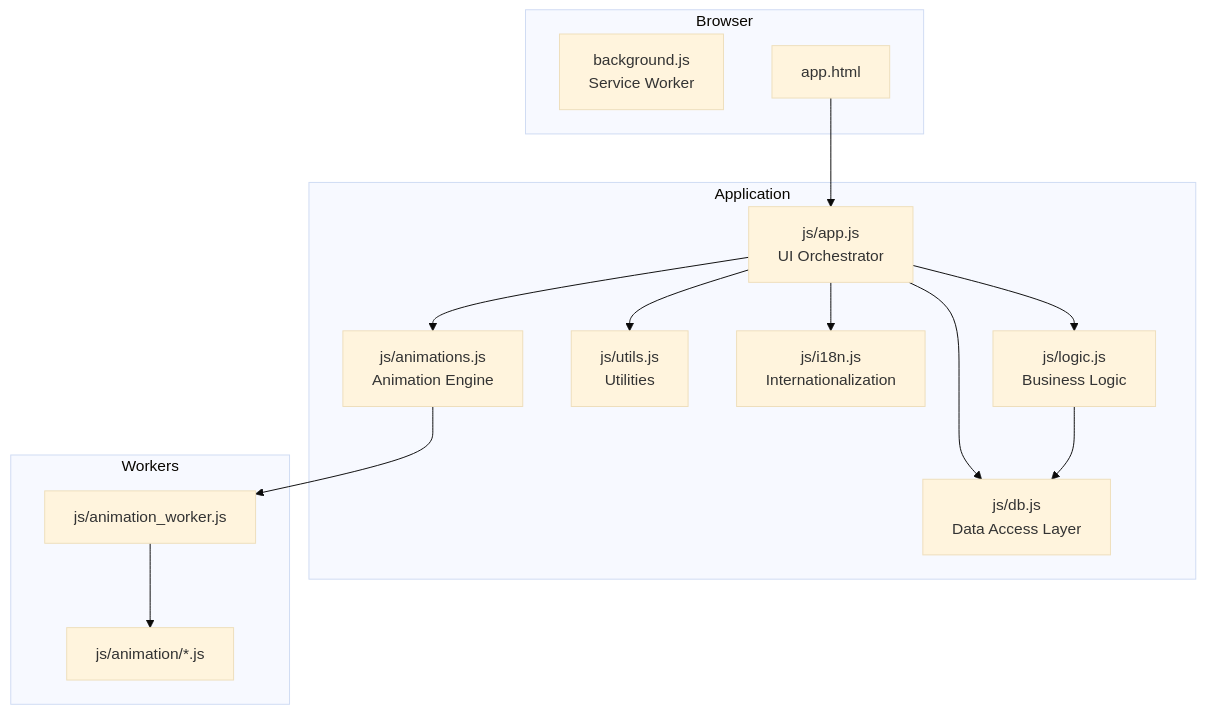
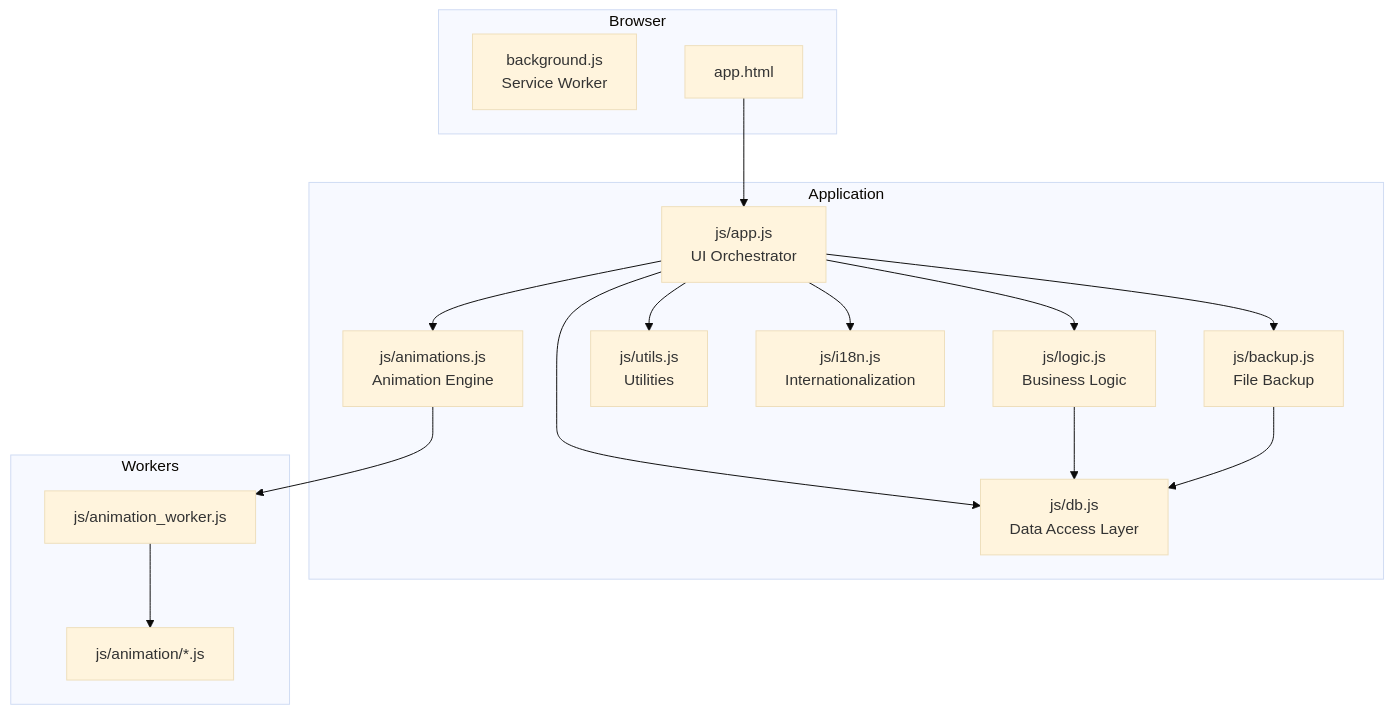
One commit to masanori-satake/QuickLog-Solo changed the first of 3 diagrams in docs/README_DEV.md. Above: the diagram before and after it, drawn with Mermaid (base theme). The commit also changed other lines of this file and 12 other files, not shown here.

````diff
--- a/docs/README_DEV.md
+++ b/docs/README_DEV.md
@@ -23,31 +23,34 @@
 ```mermaid
 graph TD
     subgraph Browser
         SW[background.js <br/>Service Worker]
         App[app.html]
     end
 
     subgraph Application
         AppJS[js/app.js <br/>UI Orchestrator]
         Logic[js/logic.js <br/>Business Logic]
         DB[js/db.js <br/>Data Access Layer]
+        Backup[js/backup.js <br/>File Backup]
         Utils[js/utils.js <br/>Utilities]
         I18n[js/i18n.js <br/>Internationalization]
         Anim[js/animations.js <br/>Animation Engine]
     end
 
     subgraph Workers
         AnimWorker[js/animation_worker.js]
         AnimModules[js/animation/*.js]
     end
 
     App --> AppJS
     AppJS --> Logic
     AppJS --> DB
     AppJS --> Utils
     AppJS --> I18n
     AppJS --> Anim
+    AppJS --> Backup
     Logic --> DB
+    Backup --> DB
     Anim --> AnimWorker
     AnimWorker --> AnimModules
 ```
````
